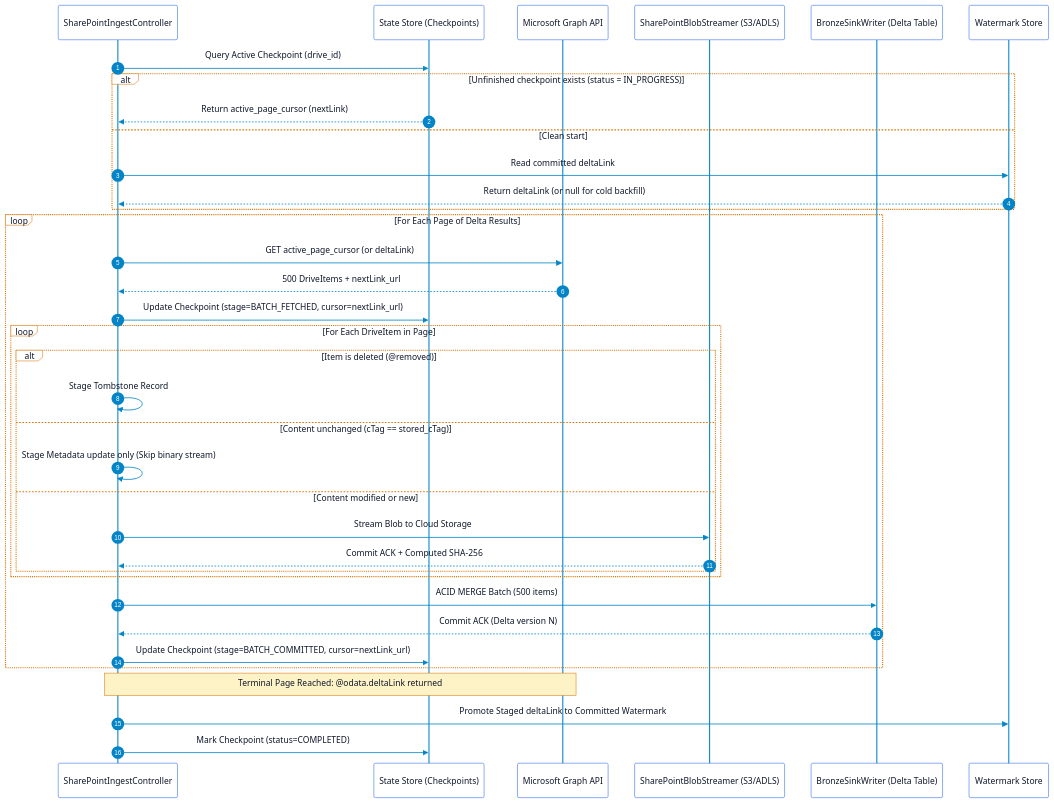
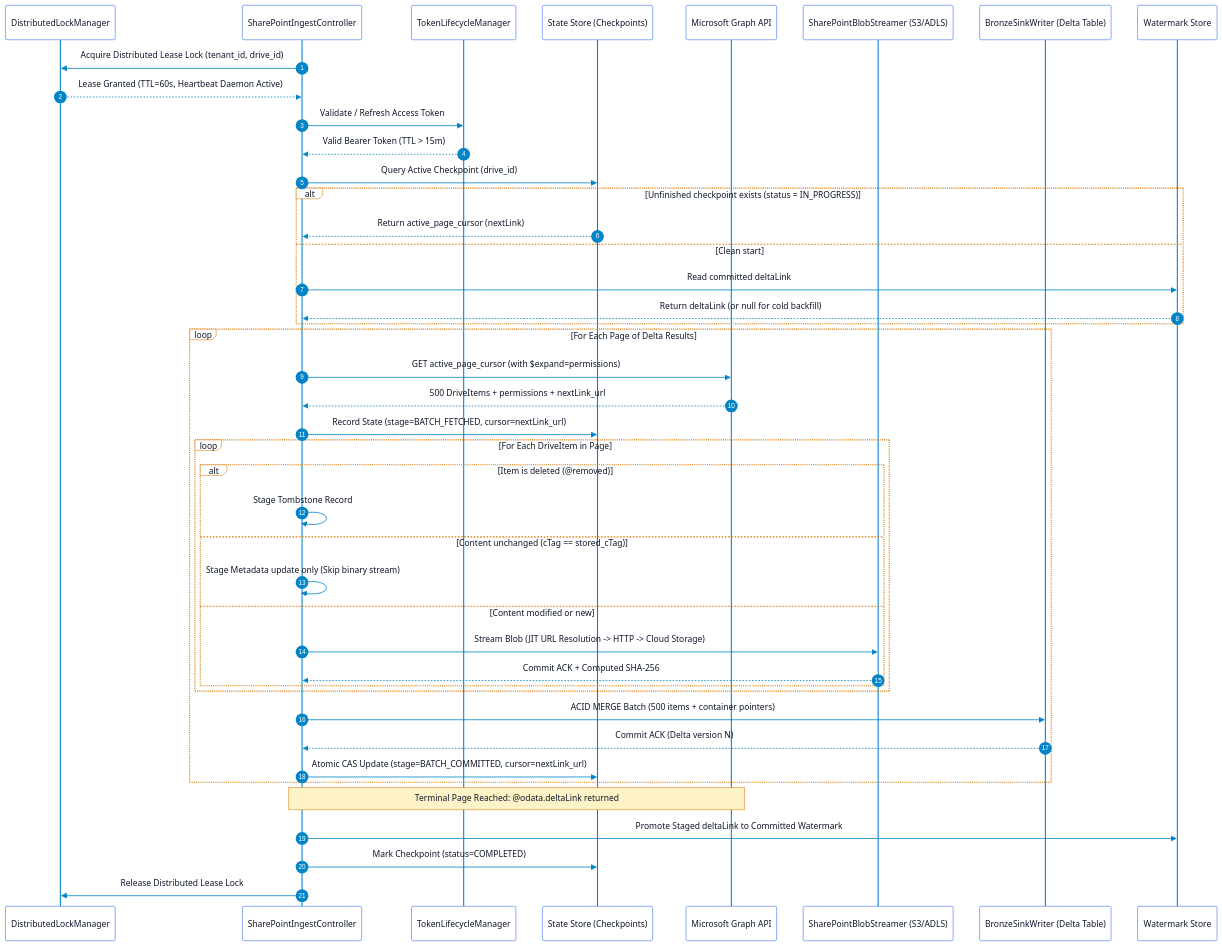
The second of 2 diagrams in docs/architectures/sharepoint_pull_ingestor_architecture.md (toanbui626391/document_ingestors), drawn with Mermaid before and after one commit. The commit also changed other lines of this file and 2 other files, not shown here.

Commit message:
feat(architecture): harden ingestors against top 5 enterprise failure modes

````diff
--- a/docs/architectures/sharepoint_pull_ingestor_architecture.md
+++ b/docs/architectures/sharepoint_pull_ingestor_architecture.md
@@ -160,70 +189,79 @@
 ```mermaid
 %%{init: {
   'theme': 'base',
   'themeVariables': {
     'primaryColor': '#ffffff',
     'primaryTextColor': '#0f172a',
     'primaryBorderColor': '#2563eb',
     'lineColor': '#0284c7',
     'secondaryColor': '#f8fafc',
     'tertiaryColor': '#ffffff',
     'activationBorderColor': '#2563eb',
     'activationBkgColor': '#e0f2fe',
     'sequenceNumberColor': '#ffffff',
     'actorBkg': '#ffffff',
     'actorBorder': '#2563eb',
     'actorTextColor': '#0f172a',
     'actorLineColor': '#0284c7',
     'signalColor': '#0284c7',
     'signalTextColor': '#0f172a',
     'labelBoxBkgColor': '#ffffff',
     'labelBoxBorderColor': '#d97706',
     'labelTextColor': '#0f172a',
     'loopTextColor': '#0f172a',
     'noteBkgColor': '#fef3c7',
     'noteBorderColor': '#d97706',
     'noteTextColor': '#0f172a'
   }
 }}%%
 sequenceDiagram
     autonumber
+    participant Lock as DistributedLockManager
     participant Ctrl as SharePointIngestController
+    participant Token as TokenLifecycleManager
     participant StateDB as State Store (Checkpoints)
     participant Graph as Microsoft Graph API
     participant Stream as SharePointBlobStreamer (S3/ADLS)
     participant Bronze as BronzeSinkWriter (Delta Table)
     participant Watermark as Watermark Store
+
+    Ctrl->>Lock: Acquire Distributed Lease Lock (tenant_id, drive_id)
+    Lock-->>Ctrl: Lease Granted (TTL=60s, Heartbeat Daemon Active)
+
+    Ctrl->>Token: Validate / Refresh Access Token
+    Token-->>Ctrl: Valid Bearer Token (TTL > 15m)
 
     Ctrl->>StateDB: Query Active Checkpoint (drive_id)
     alt Unfinished checkpoint exists (status = IN_PROGRESS)
         StateDB-->>Ctrl: Return active_page_cursor (nextLink)
     else Clean start
         Ctrl->>Watermark: Read committed deltaLink
         Watermark-->>Ctrl: Return deltaLink (or null for cold backfill)
     end
 
     loop For Each Page of Delta Results
-        Ctrl->>Graph: GET active_page_cursor (or deltaLink)
-        Graph-->>Ctrl: 500 DriveItems + nextLink_url
-        Ctrl->>StateDB: Update Checkpoint (stage=BATCH_FETCHED, cursor=nextLink_url)
+        Ctrl->>Graph: GET active_page_cursor (with $expand=permissions)
+        Graph-->>Ctrl: 500 DriveItems + permissions + nextLink_url
+        Ctrl->>StateDB: Record State (stage=BATCH_FETCHED, cursor=nextLink_url)
 
         loop For Each DriveItem in Page
             alt Item is deleted (@removed)
                 Ctrl->>Ctrl: Stage Tombstone Record
             else Content unchanged (cTag == stored_cTag)
                 Ctrl->>Ctrl: Stage Metadata update only (Skip binary stream)
             else Content modified or new
-                Ctrl->>Stream: Stream Blob to Cloud Storage
+                Ctrl->>Stream: Stream Blob (JIT URL Resolution -> HTTP -> Cloud Storage)
                 Stream-->>Ctrl: Commit ACK + Computed SHA-256
             end
         end
 
-        Ctrl->>Bronze: ACID MERGE Batch (500 items)
+        Ctrl->>Bronze: ACID MERGE Batch (500 items + container pointers)
         Bronze-->>Ctrl: Commit ACK (Delta version N)
-        Ctrl->>StateDB: Update Checkpoint (stage=BATCH_COMMITTED, cursor=nextLink_url)
+        Ctrl->>StateDB: Atomic CAS Update (stage=BATCH_COMMITTED, cursor=nextLink_url)
     end
 
     note over Ctrl,Graph: Terminal Page Reached: @odata.deltaLink returned
     Ctrl->>Watermark: Promote Staged deltaLink to Committed Watermark
     Ctrl->>StateDB: Mark Checkpoint (status=COMPLETED)
+    Ctrl->>Lock: Release Distributed Lease Lock
 ```
````
